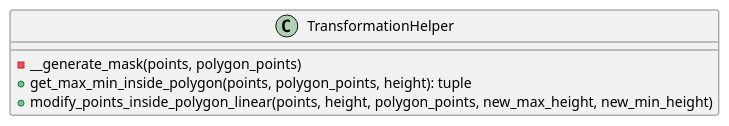
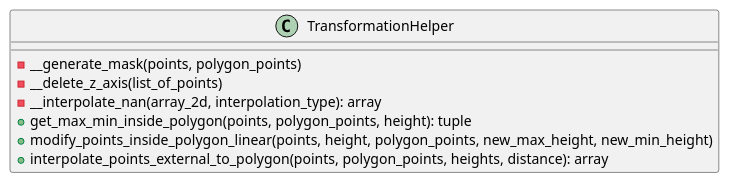
Before and after one commit to ferpoble2/Relief_Creator: the diagram in docs/classes/TransformationHelper.puml, drawn with PlantUML. The commit also changed 8 other files, not shown here.

```diff
--- a/docs/classes/TransformationHelper.puml
+++ b/docs/classes/TransformationHelper.puml
@@ -1,11 +1,14 @@
 @startuml
 'https://plantuml.com/class-diagram
 
 class TransformationHelper {
 
     - __generate_mask(points, polygon_points)
+    - __delete_z_axis(list_of_points)
+    - __interpolate_nan(array_2d, interpolation_type): array
     + get_max_min_inside_polygon(points, polygon_points, height): tuple
     + modify_points_inside_polygon_linear(points, height, polygon_points, new_max_height, new_min_height)
+    + interpolate_points_external_to_polygon(points, polygon_points, heights, distance): array
 }
 
 @enduml
```
